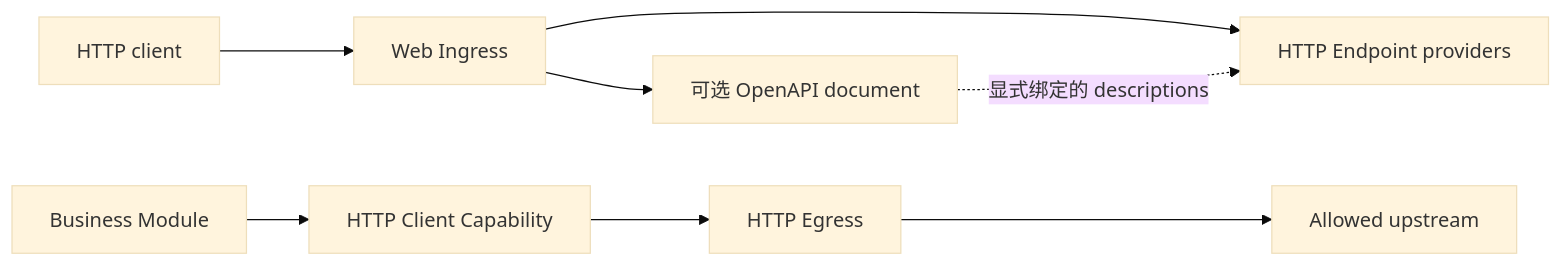
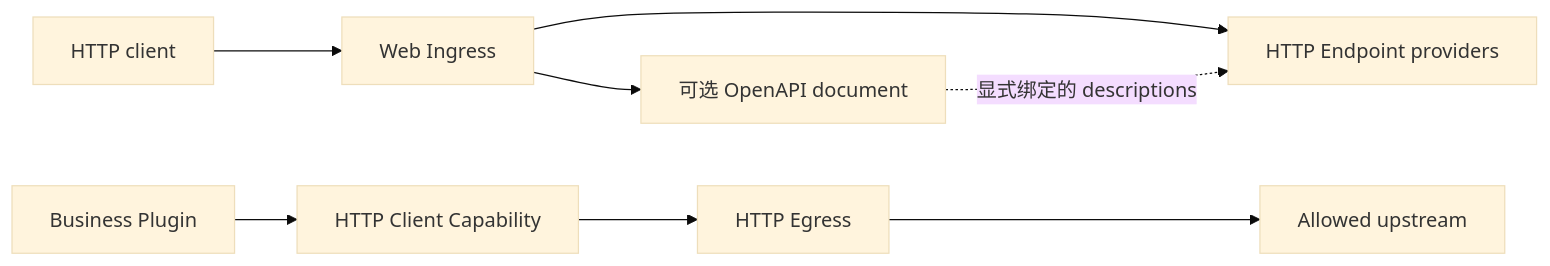
One commit to LioRael/lenso-site changed the diagram in content/docs/zh/(guides)/web-capabilities.mdx. Above: the diagram before and after it, drawn with Mermaid (base theme). The commit also changed other lines of this file and 52 other files, not shown here.

````diff
--- a/content/docs/zh/(guides)/web-capabilities.mdx
+++ b/content/docs/zh/(guides)/web-capabilities.mdx
@@ -10,10 +10,10 @@
 ```mermaid
 flowchart LR
   H[HTTP client] --> I[Web Ingress]
   I --> E[HTTP Endpoint providers]
   I --> O[可选 OpenAPI document]
   O -. 显式绑定的 descriptions .-> E
-  M[Business Module] --> C[HTTP Client Capability]
+  M[Business Plugin] --> C[HTTP Client Capability]
   C --> X[HTTP Egress]
   X --> U[Allowed upstream]
 ```
````
